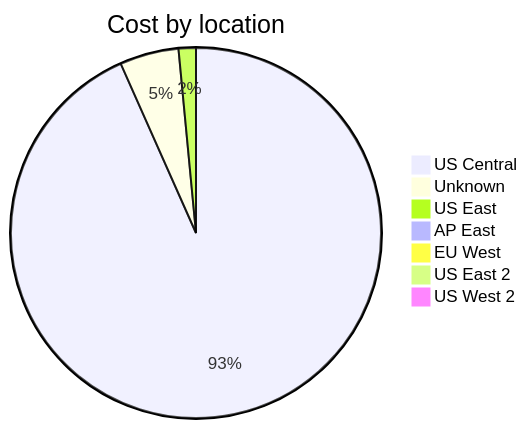
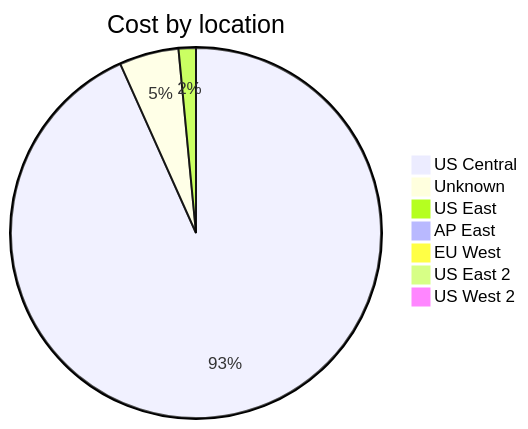
The third of 4 diagrams in cost-reports/accumulated-cost.md (jpfulton/azure-personal-reports), drawn with Mermaid before and after one commit. The commit also changed other lines of this file and 4 other files, not shown here.

````diff
--- a/cost-reports/accumulated-cost.md
+++ b/cost-reports/accumulated-cost.md
@@ -123,11 +123,11 @@
 ```mermaid
 pie
    title Cost by location
-   "US Central" : 13.60
-   "Unknown" : 0.75
-   "US East" : 0.22
+   "US Central" : 14.20
+   "Unknown" : 0.79
+   "US East" : 0.23
    "AP East" : 0.00
    "EU West" : 0.00
    "US East 2" : 0.00
    "US West 2" : 0.00
 ```
````
